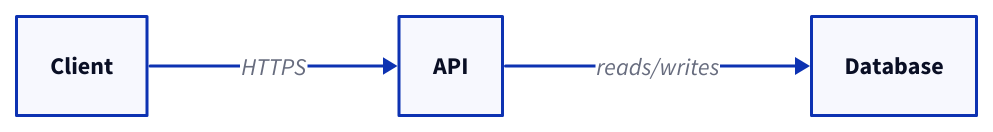
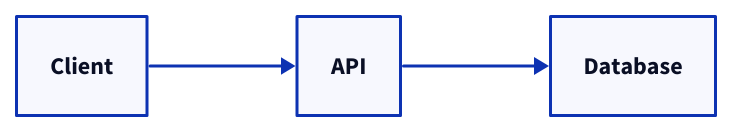
One commit to jimezsa/opencolab changed the first of 3 diagrams in projects/SKILLS/block-diagram/references/d2-quick-reference.md. Above: the diagram before and after it, drawn with D2. The commit also changed other lines of this file and 8 other files, not shown here.

Commit message:
refactor: compact default block diagrams

````diff
--- a/projects/SKILLS/block-diagram/references/d2-quick-reference.md
+++ b/projects/SKILLS/block-diagram/references/d2-quick-reference.md
@@ -7,10 +7,10 @@
 ```d2
 direction: right
 
 client: Client
 api: API
 db: Database
 
-client -> api: HTTPS
-api -> db: reads/writes
+client -> api
+api -> db
 ```
````
